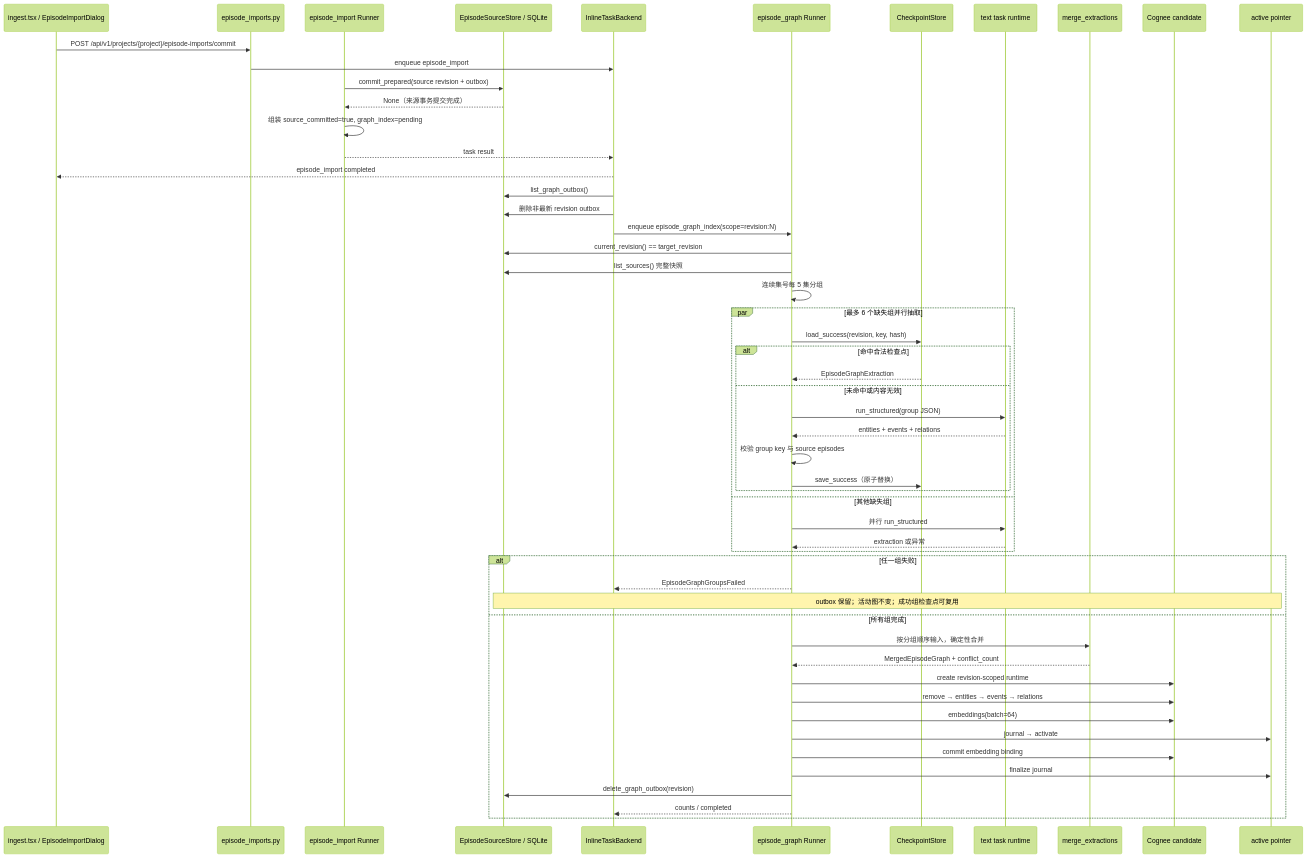
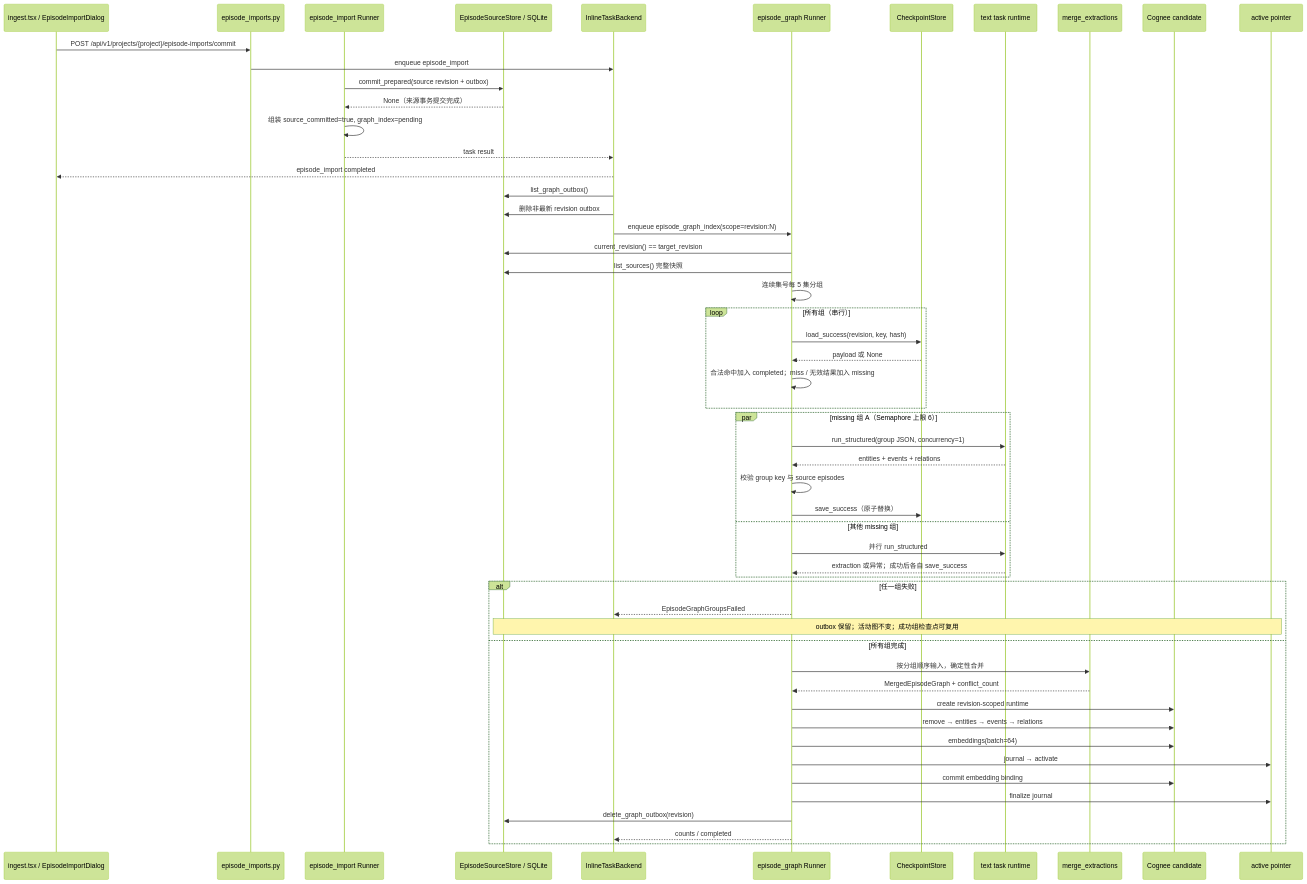
The diagram in docs/cookbook/pipelines/02-episode-graph.md (YuRui-Liu/Nuomi-drama-factory), drawn with Mermaid (forest theme) before and after one commit. The commit also changed other lines of this file, not shown here.

Commit message:
docs(cookbook): correct graph recovery details

````diff
--- a/docs/cookbook/pipelines/02-episode-graph.md
+++ b/docs/cookbook/pipelines/02-episode-graph.md
@@ -79,59 +79,60 @@
 ```mermaid
 sequenceDiagram
     participant Page as ingest.tsx / EpisodeImportDialog
     participant API as episode_imports.py
     participant Import as episode_import Runner
     participant Source as EpisodeSourceStore / SQLite
     participant Queue as InlineTaskBackend
     participant Graph as episode_graph Runner
     participant Checkpoint as CheckpointStore
     participant Extract as text task runtime
     participant Merge as merge_extractions
     participant Candidate as Cognee candidate
     participant Pointer as active pointer
 
     Page->>API: POST /api/v1/projects/{project}/episode-imports/commit
     API->>Queue: enqueue episode_import
     Import->>Source: commit_prepared(source revision + outbox)
     Source-->>Import: None（来源事务提交完成）
     Import->>Import: 组装 source_committed=true, graph_index=pending
     Import-->>Queue: task result
     Queue-->>Page: episode_import completed
     Queue->>Source: list_graph_outbox()
     Queue->>Source: 删除非最新 revision outbox
     Queue->>Graph: enqueue episode_graph_index(scope=revision:N)
     Graph->>Source: current_revision() == target_revision
     Graph->>Source: list_sources() 完整快照
     Graph->>Graph: 连续集号每 5 集分组
 
-    par 最多 6 个缺失组并行抽取
+    loop 所有组（串行）
         Graph->>Checkpoint: load_success(revision, key, hash)
-        alt 命中合法检查点
-            Checkpoint-->>Graph: EpisodeGraphExtraction
-        else 未命中或内容无效
-            Graph->>Extract: run_structured(group JSON)
-            Extract-->>Graph: entities + events + relations
-            Graph->>Graph: 校验 group key 与 source episodes
-            Graph->>Checkpoint: save_success（原子替换）
-        end
-    and 其他缺失组
+        Checkpoint-->>Graph: payload 或 None
+        Graph->>Graph: 合法命中加入 completed；miss / 无效结果加入 missing
+    end
+
+    par missing 组 A（Semaphore 上限 6）
+        Graph->>Extract: run_structured(group JSON, concurrency=1)
+        Extract-->>Graph: entities + events + relations
+        Graph->>Graph: 校验 group key 与 source episodes
+        Graph->>Checkpoint: save_success（原子替换）
+    and 其他 missing 组
         Graph->>Extract: 并行 run_structured
-        Extract-->>Graph: extraction 或异常
+        Extract-->>Graph: extraction 或异常；成功后各自 save_success
     end
 
     alt 任一组失败
         Graph-->>Queue: EpisodeGraphGroupsFailed
         Note over Source,Pointer: outbox 保留；活动图不变；成功组检查点可复用
     else 所有组完成
         Graph->>Merge: 按分组顺序输入，确定性合并
         Merge-->>Graph: MergedEpisodeGraph + conflict_count
         Graph->>Candidate: create revision-scoped runtime
         Graph->>Candidate: remove → entities → events → relations
         Graph->>Candidate: embeddings(batch=64)
         Graph->>Pointer: journal → activate
         Graph->>Candidate: commit embedding binding
         Graph->>Pointer: finalize journal
         Graph->>Source: delete_graph_outbox(revision)
         Graph-->>Queue: counts / completed
     end
 ```
````
